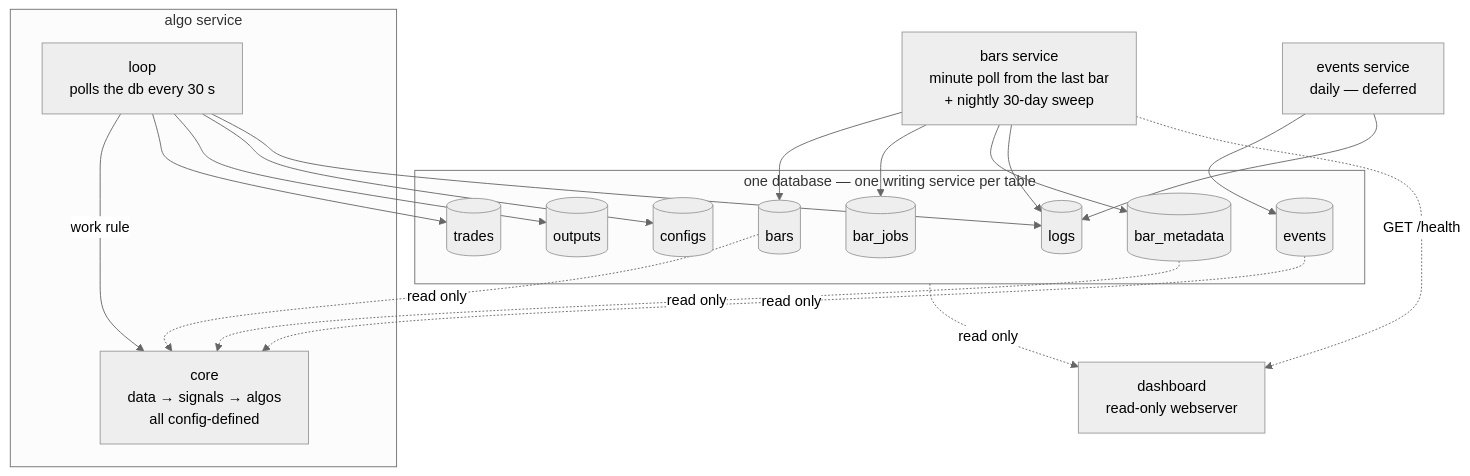
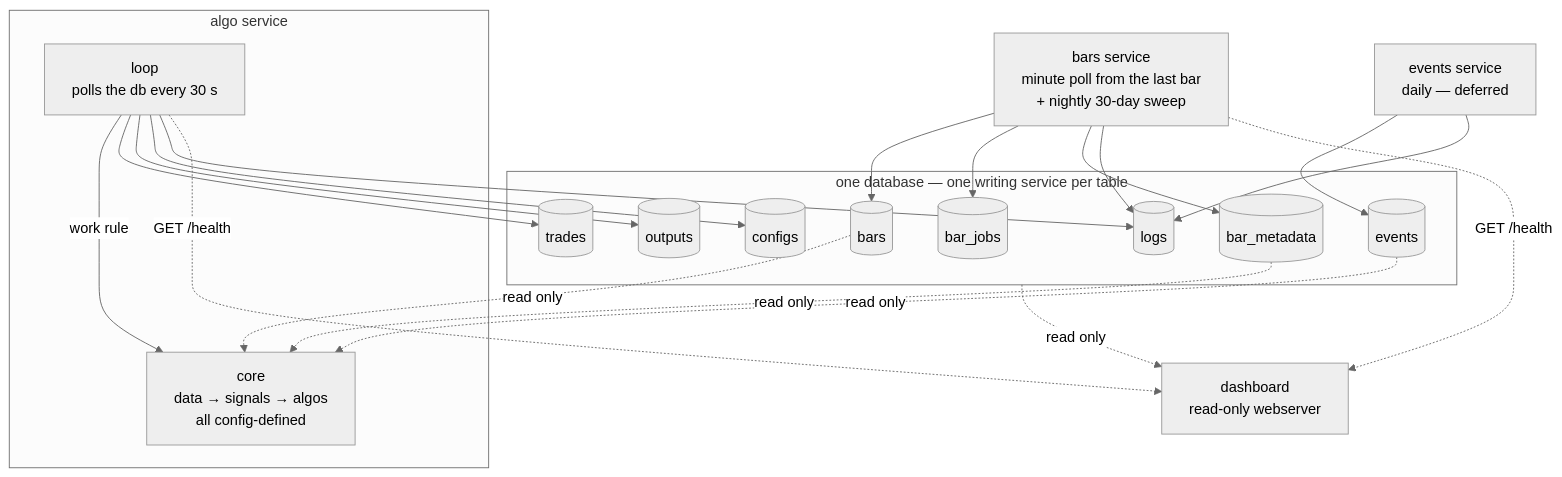
The diagram in design.md (dongurihouse/trader), drawn with Mermaid (neutral theme) before and after one commit. The commit also changed other lines of this file and 5 other files, not shown here.

Commit message:
Expose Algo health to Dash

````diff
--- a/design.md
+++ b/design.md
@@ -389,35 +390,36 @@
 ```mermaid
 flowchart TB
     BARS[bars service<br/>minute poll from the last bar<br/>+ nightly 30-day sweep]
     EVENTS[events service<br/>daily — deferred]
 
     BARS --> BT[(bars)]
     BARS --> BJ[(bar_jobs)]
     BARS --> BM[(bar_metadata)]
     EVENTS --> ET[(events)]
 
     subgraph DB [one database — one writing service per table]
         BT
         BJ
         BM
         ET
         TR[(trades)]
         OUT[(outputs)]
         CFG[(configs)]
         LG[(logs)]
     end
 
     subgraph ALGO [algo service]
         LOOP[loop<br/>polls the db every 30 s] -- work rule --> CORE[core<br/>data → signals → algos<br/>all config-defined]
     end
 
     BT -. read only .-> CORE
     BM -. read only .-> CORE
     ET -. read only .-> CORE
     LOOP --> TR
     LOOP --> OUT
     LOOP --> CFG
     BARS & EVENTS & LOOP --> LG
     DB -. read only .-> DASH[dashboard<br/>read-only webserver]
     BARS -. GET /health .-> DASH
+    LOOP -. GET /health .-> DASH
 ```
````
